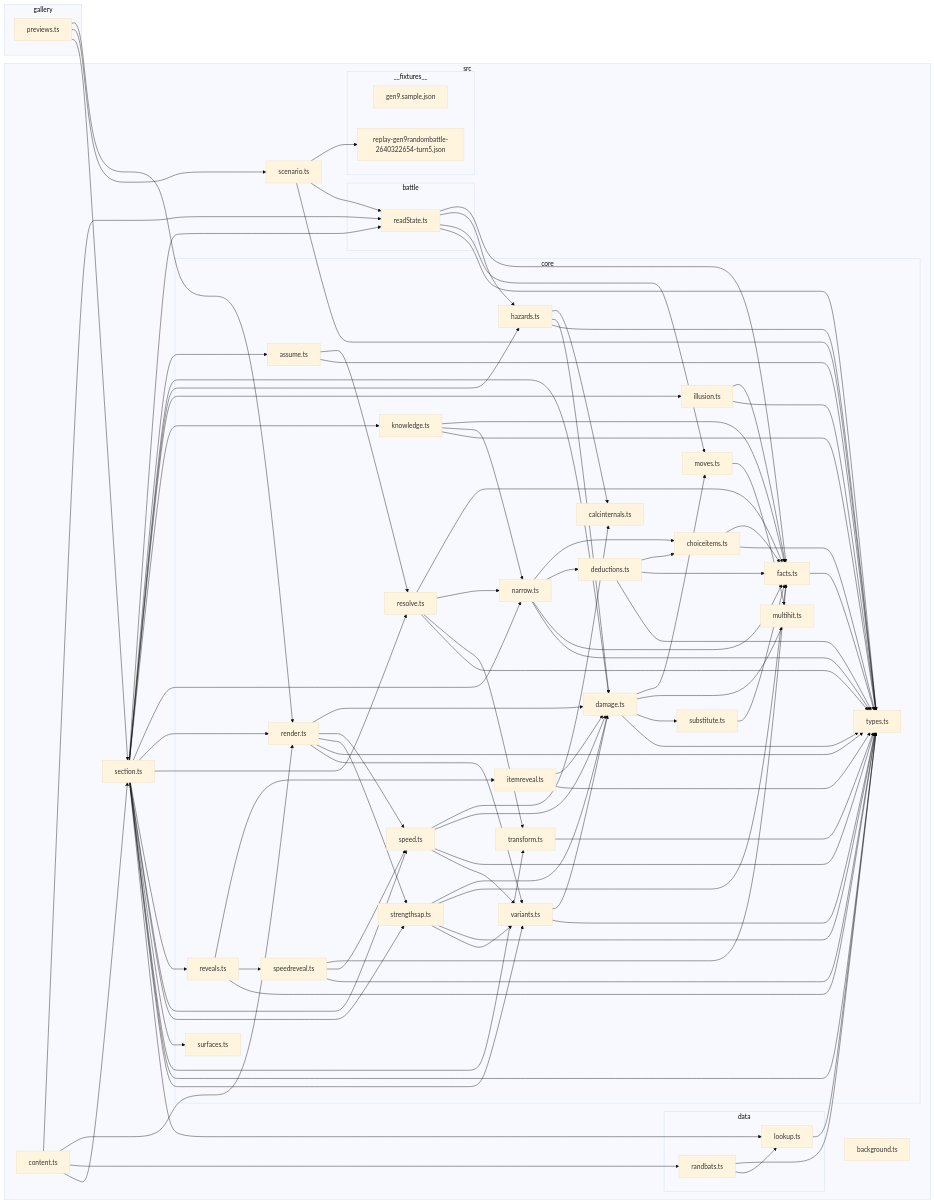
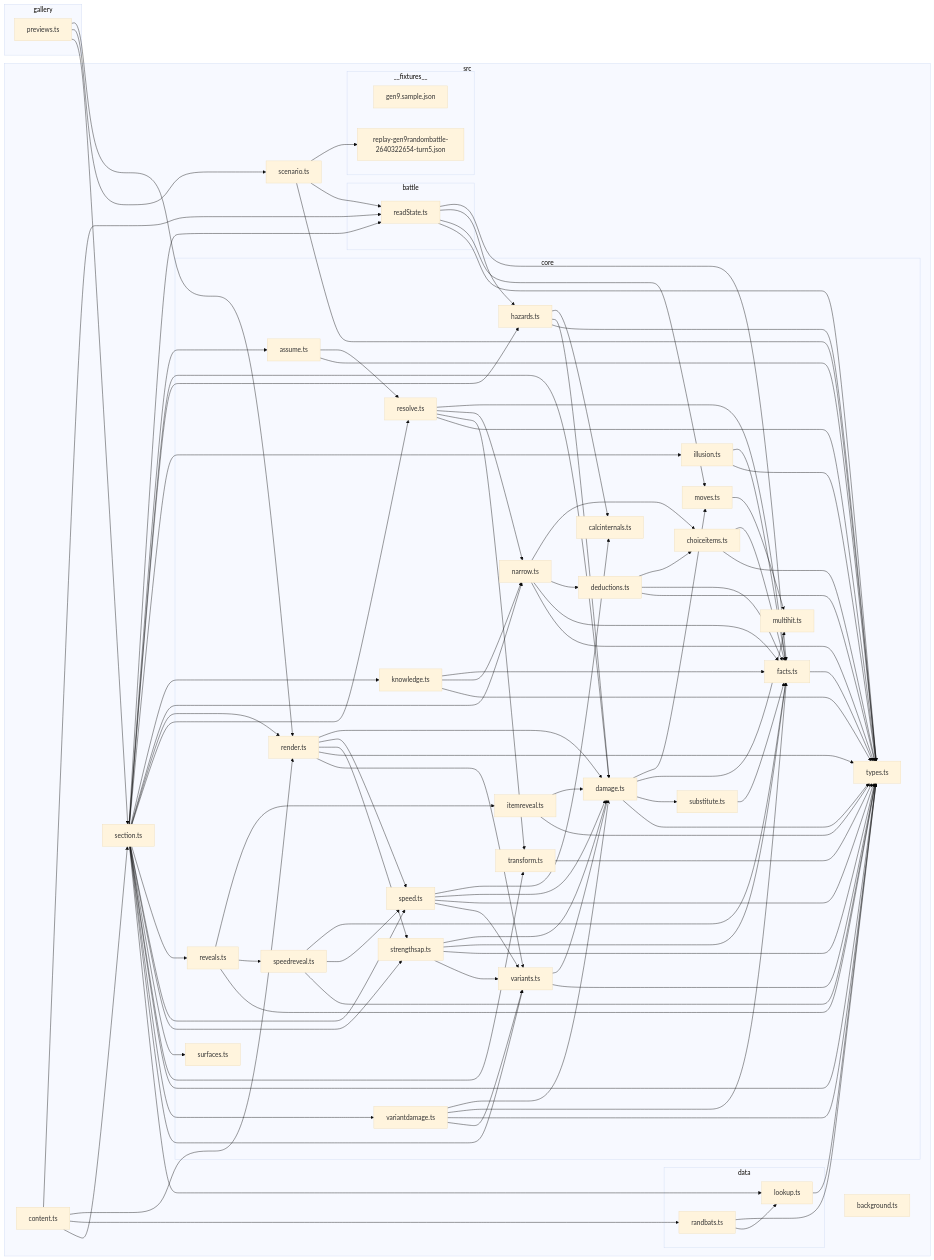
One commit to seanaujong/hi-chu changed the diagram in docs/architecture-graph.md. Above: the diagram before and after it, drawn with Mermaid (base theme). The commit also changed other lines of this file and 5 other files, not shown here.

````diff
--- a/docs/architecture-graph.md
+++ b/docs/architecture-graph.md
@@ -45,22 +45,23 @@
 V["itemreveal.ts"]
 W["speedreveal.ts"]
 X["surfaces.ts"]
+Y["variantdamage.ts"]
 end
 F["scenario.ts"]
 subgraph G["__fixtures__"]
 H["replay-gen9randombattle-2640322654-turn5.json"]
-13["gen9.sample.json"]
+14["gen9.sample.json"]
 end
 subgraph I["battle"]
 J["readState.ts"]
 end
 L["section.ts"]
-subgraph Y["data"]
-Z["lookup.ts"]
-12["randbats.ts"]
+subgraph Z["data"]
+10["lookup.ts"]
+13["randbats.ts"]
 end
-10["background.ts"]
-11["content.ts"]
+11["background.ts"]
+12["content.ts"]
 end
 1-->4
 1-->F
@@ -112,8 +113,9 @@
 L-->X
 L-->R
 L-->A
+L-->Y
 L-->D
-L-->Z
+L-->10
 M-->N
 M-->A
 N-->9
@@ -143,11 +145,15 @@
 W-->9
 W-->B
 W-->A
-Z-->A
-11-->J
-11-->4
-11-->12
-11-->L
-12-->A
-12-->Z
+Y-->5
+Y-->9
+Y-->A
+Y-->D
+10-->A
+12-->J
+12-->4
+12-->13
+12-->L
+13-->A
+13-->10
 ```
````
